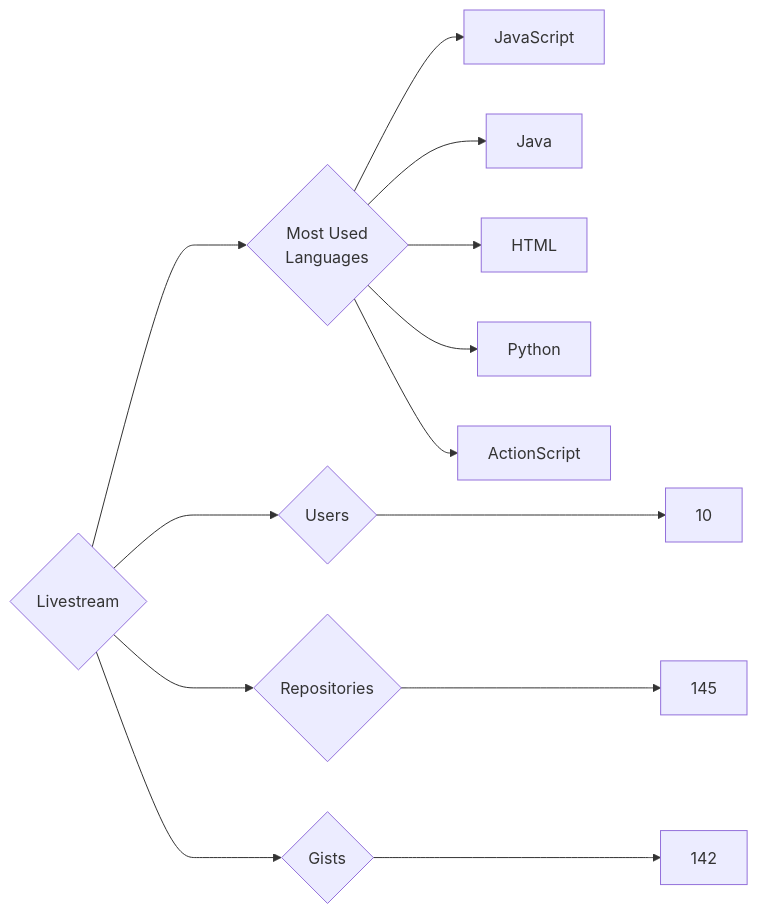
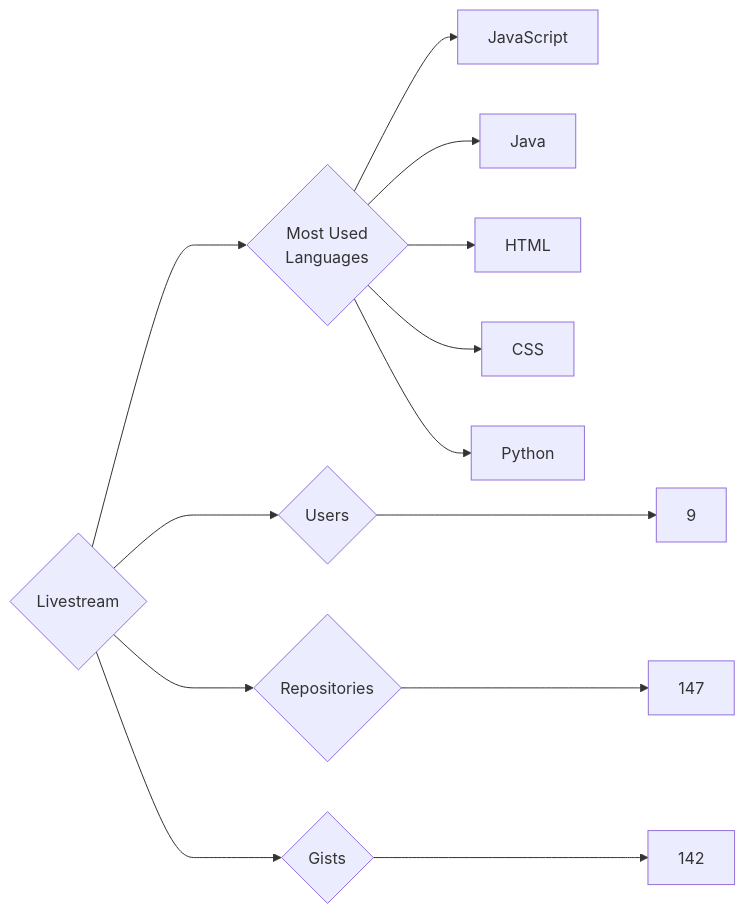
The diagram in targets/Livestream/README.md (trickest/insiders), drawn with Mermaid before and after one commit. The commit also changed 736 other files, not shown here.

````diff
--- a/targets/Livestream/README.md
+++ b/targets/Livestream/README.md
@@ -3,13 +3,13 @@
 ```mermaid
 graph LR
 COMPANY_NAME{Livestream}
-COMPANY_NAME ---> U{Users} ---> UN[10]
-COMPANY_NAME ---> R{Repositories} ---> RN[145]
+COMPANY_NAME ---> U{Users} ---> UN[9]
+COMPANY_NAME ---> R{Repositories} ---> RN[147]
 COMPANY_NAME ---> G{Gists} ---> GN[142]
 COMPANY_NAME ---> ML{Most Used<br>Languages}
 ML --> JavaScript[JavaScript]
 ML --> Java[Java]
 ML --> HTML[HTML]
+ML --> CSS[CSS]
 ML --> Python[Python]
-ML --> ActionScript[ActionScript]
 ```
````
